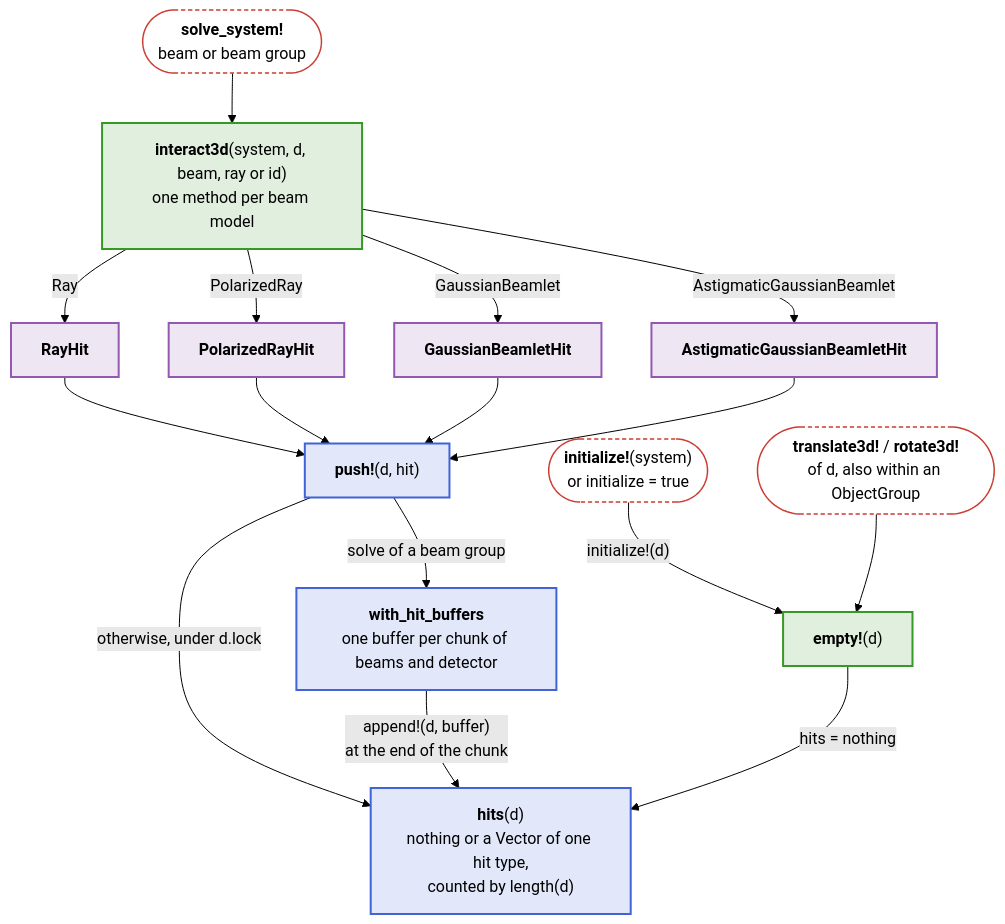
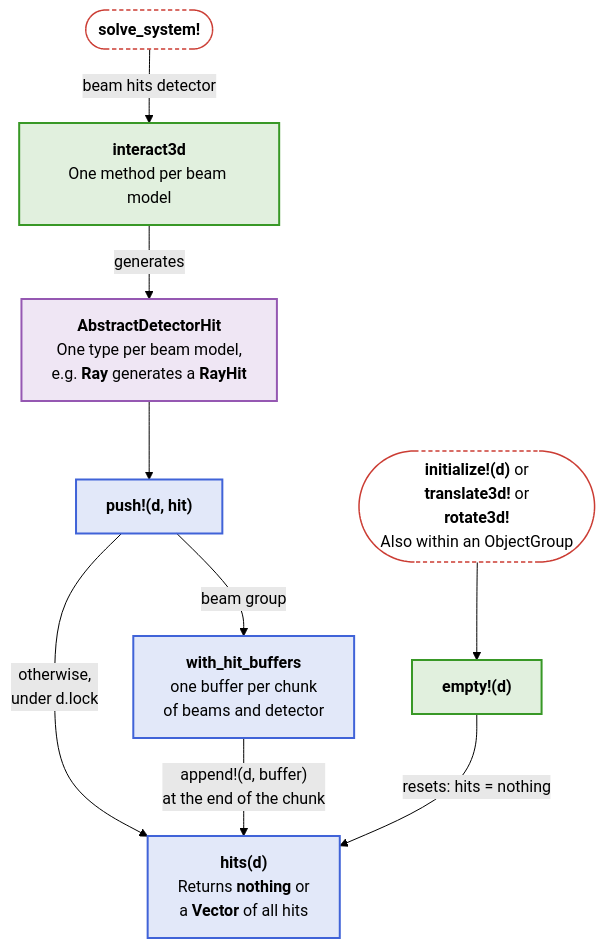
Before and after one commit to JuliaPhysics/BeamletOptics.jl: the first of 3 diagrams in docs/src/api/detectors.md, drawn with Mermaid (forest theme). The commit also changed other lines of this file and 8 other files, not shown here.

First line of the commit message:
Docs: diagrams narrow and colored by group, rules in "Readable diagrams"

````diff
--- a/docs/src/api/detectors.md
+++ b/docs/src/api/detectors.md
@@ -9,27 +9,27 @@
 ```mermaid
 flowchart TB
-    S(["<b>solve_system!</b><br/>beam or beam group"]) --> IA["<b>interact3d</b>(system, d, beam, ray or id)<br/>one method per beam model"]
-    IA -- Ray --> RH["<b>RayHit</b>"]
-    IA -- PolarizedRay --> PH["<b>PolarizedRayHit</b>"]
-    IA -- GaussianBeamlet --> GH["<b>GaussianBeamletHit</b>"]
-    IA -- AstigmaticGaussianBeamlet --> AH["<b>AstigmaticGaussianBeamletHit</b>"]
-    RH --> P["<b>push!</b>(d, hit)"]
-    PH --> P
-    GH --> P
-    AH --> P
-    P -- "solve of a beam group" --> B["<b>with_hit_buffers</b><br/>one buffer per chunk of beams and detector"]
-    P -- "otherwise, under d.lock" --> H["<b>hits</b>(d)<br/>nothing or a Vector of one hit type,<br/>counted by length(d)"]
+    S(["<b>solve_system!</b><br/>"])
+    IA["<b>interact3d</b><br/>One method per beam model"]
+    HT["<b>AbstractDetectorHit</b> <br/> One type per beam model, <br/>e.g. <b>Ray</b> generates a <b>RayHit</b>"]
+    P["<b>push!(d, hit)</b>"]
+    IK(["<b>initialize!(d)</b> or<br/><b>translate3d!</b> or<br/><b>rotate3d!</b><br/>Also within an ObjectGroup"])
+    B["<b>with_hit_buffers</b><br/>one buffer per chunk<br/>of beams and detector"]
+    E["<b>empty!(d)</b>"]
+    H["<b>hits(d)</b><br/>Returns <b>nothing</b> or </br>a <b>Vector</b> of all hits"]
+
+    S -- beam hits detector --> IA -- generates --> HT --> P
+    P -- "beam group" --> B
+    P -- "otherwise,<br/>under d.lock" --> H
     B -- "append!(d, buffer)<br/>at the end of the chunk" --> H
-    I(["<b>initialize!</b>(system)<br/>or initialize = true"]) -- "initialize!(d)" --> E["<b>empty!</b>(d)"]
-    K(["<b>translate3d!</b> / <b>rotate3d!</b><br/>of d, also within an ObjectGroup"]) --> E
-    E -- "hits = nothing" --> H
+    IK --> E
+    E -- "resets: hits = nothing" --> H
 
     classDef blue fill:#4063D826,stroke:#4063D8,stroke-width:2px
     classDef green fill:#38982626,stroke:#389826,stroke-width:2px
     classDef purple fill:#9558B226,stroke:#9558B2,stroke-width:2px
     classDef terminal fill:transparent,stroke:#CB3C33,stroke-width:1.5px,stroke-dasharray:4 3
     class IA,E green
-    class RH,PH,GH,AH purple
+    class HT purple
     class P,B,H blue
-    class S,I,K terminal
+    class S,IK terminal
 ```
````
